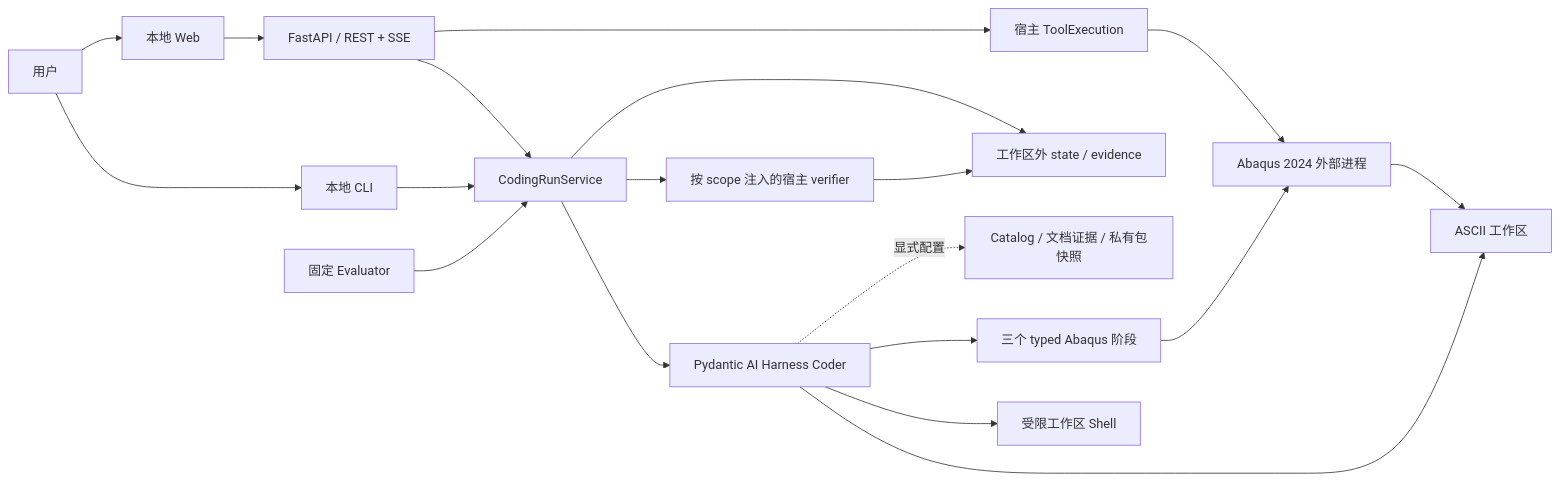
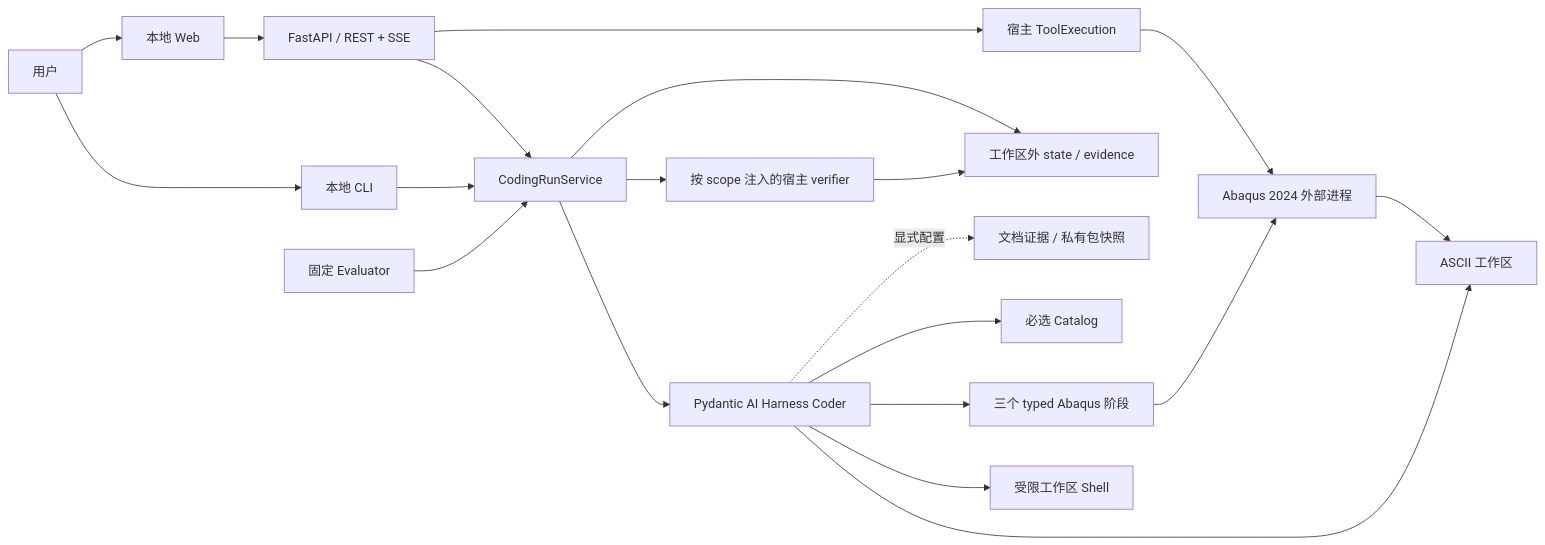
Before and after one commit to Misty02600/abaqus-sim-agent: the diagram in docs/architecture/overview.md, drawn with Mermaid. The commit also changed other lines of this file and 65 other files, not shown here.

````diff
--- a/docs/architecture/overview.md
+++ b/docs/architecture/overview.md
@@ -63,21 +65,22 @@
 ```mermaid
 flowchart LR
     User[用户] --> CLI[本地 CLI]
     User --> Browser[本地 Web]
     Browser --> WebAPI[FastAPI / REST + SSE]
     CLI --> Host[CodingRunService]
     WebAPI --> Host
     WebAPI --> ToolExecution[宿主 ToolExecution]
     Eval[固定 Evaluator] --> Host
     Host --> Coder[Pydantic AI Harness Coder]
     Coder --> Workspace[ASCII 工作区]
     Coder --> Shell[受限工作区 Shell]
     Coder --> Tools[三个 typed Abaqus 阶段]
-    Coder -. 显式配置 .-> Knowledge[Catalog / 文档证据 / 私有包快照]
+    Coder --> Catalog[必选 Catalog]
+    Coder -. 显式配置 .-> Knowledge[文档证据 / 私有包快照]
     Tools --> Abaqus[Abaqus 2024 外部进程]
     ToolExecution --> Abaqus
     Abaqus --> Workspace
     Host --> Verify[按 scope 注入的宿主 verifier]
     Host --> State[工作区外 state / evidence]
     Verify --> State
 ```
````
